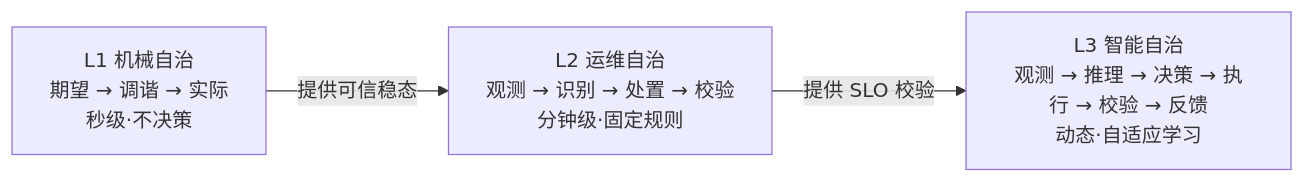
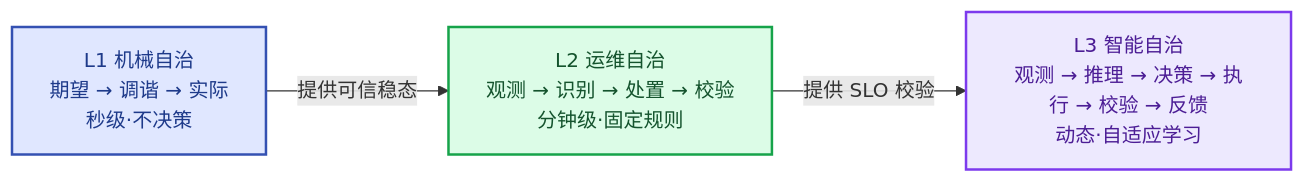
The diagram in docs/16-ops-autonomy-loop.md (jackiesre721/ai-native-ops), drawn with Mermaid before and after one commit. The commit also changed 4 other files, not shown here.

First line of the commit message:
style: 自定义主题CSS + mermaid配色 + L1/L2/L3语义色

````diff
--- a/docs/16-ops-autonomy-loop.md
+++ b/docs/16-ops-autonomy-loop.md
@@ -46,8 +46,14 @@
 ```mermaid
 flowchart LR
     L1["L1 机械自治<br/>期望 → 调谐 → 实际<br/>秒级·不决策"]
     L2["L2 运维自治<br/>观测 → 识别 → 处置 → 校验<br/>分钟级·固定规则"]
     L3["L3 智能自治<br/>观测 → 推理 → 决策 → 执行 → 校验 → 反馈<br/>动态·自适应学习"]
     L1 -->|提供可信稳态| L2
     L2 -->|提供 SLO 校验| L3
+    classDef l1 fill:#e0e7ff,stroke:#3451b2,color:#1e3a8a,stroke-width:2px
+    classDef l2 fill:#dcfce7,stroke:#16a34a,color:#14532d,stroke-width:2px
+    classDef l3 fill:#ede9fe,stroke:#7c3aed,color:#4c1d95,stroke-width:2px
+    class L1 l1
+    class L2 l2
+    class L3 l3
 ```
````
